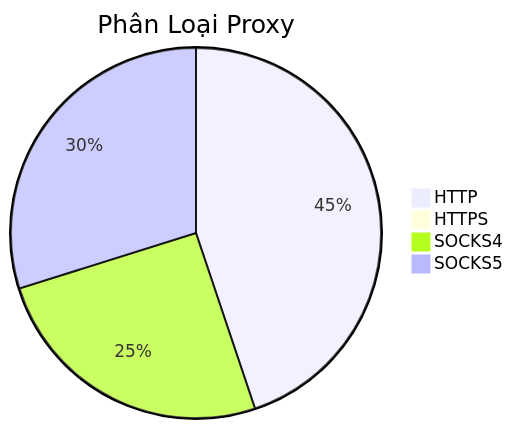
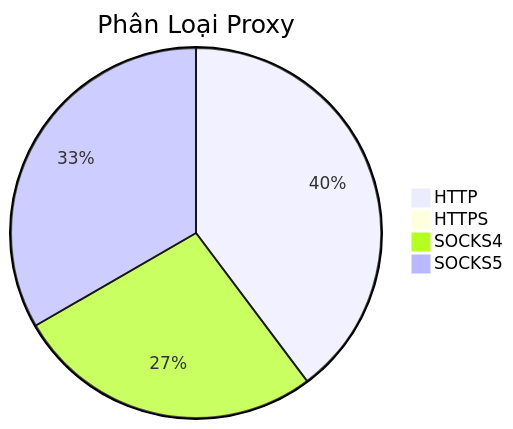
One commit to Ciara-12/PROXY-free changed the diagram in README.md. Above: the diagram before and after it, drawn with Mermaid. The commit also changed other lines of this file and 3 other files, not shown here.

````diff
--- a/README.md
+++ b/README.md
@@ -26,7 +26,7 @@
 ```mermaid
 pie title Phân Loại Proxy
-    "HTTP" : 595
+    "HTTP" : 464
     "HTTPS" : 0
-    "SOCKS4" : 336
-    "SOCKS5" : 396
+    "SOCKS4" : 314
+    "SOCKS5" : 389
 ```
````
